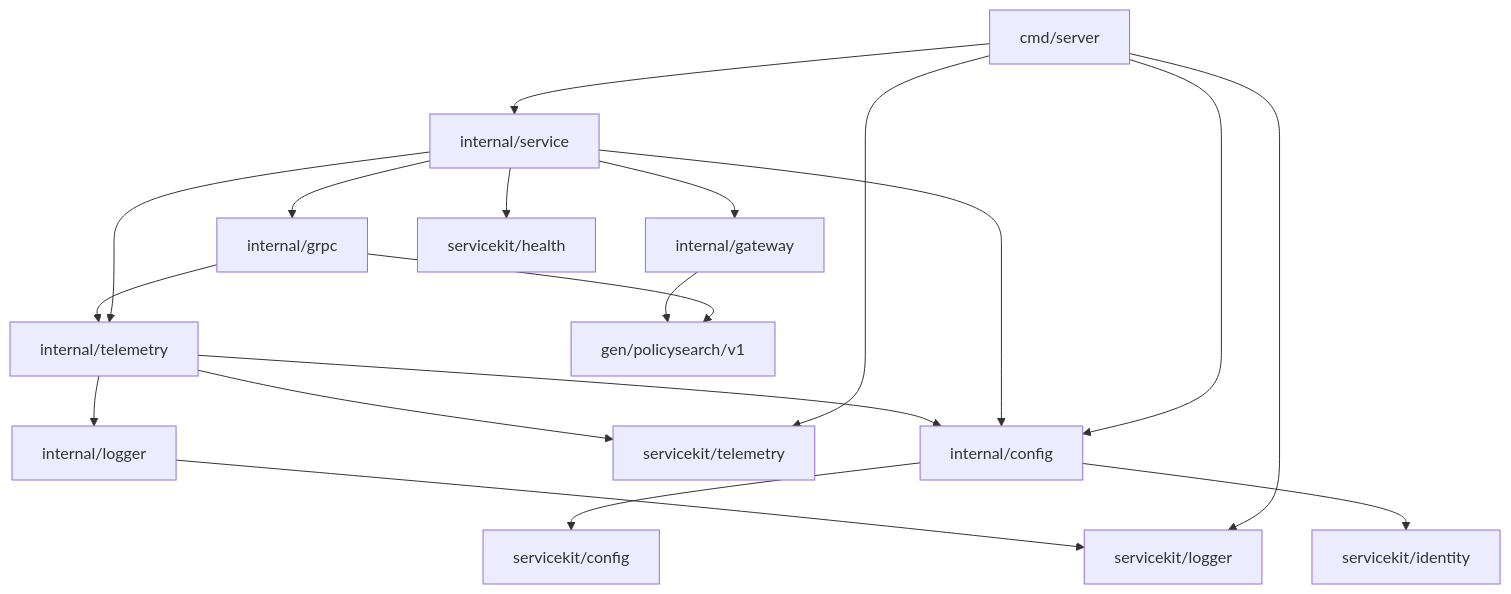
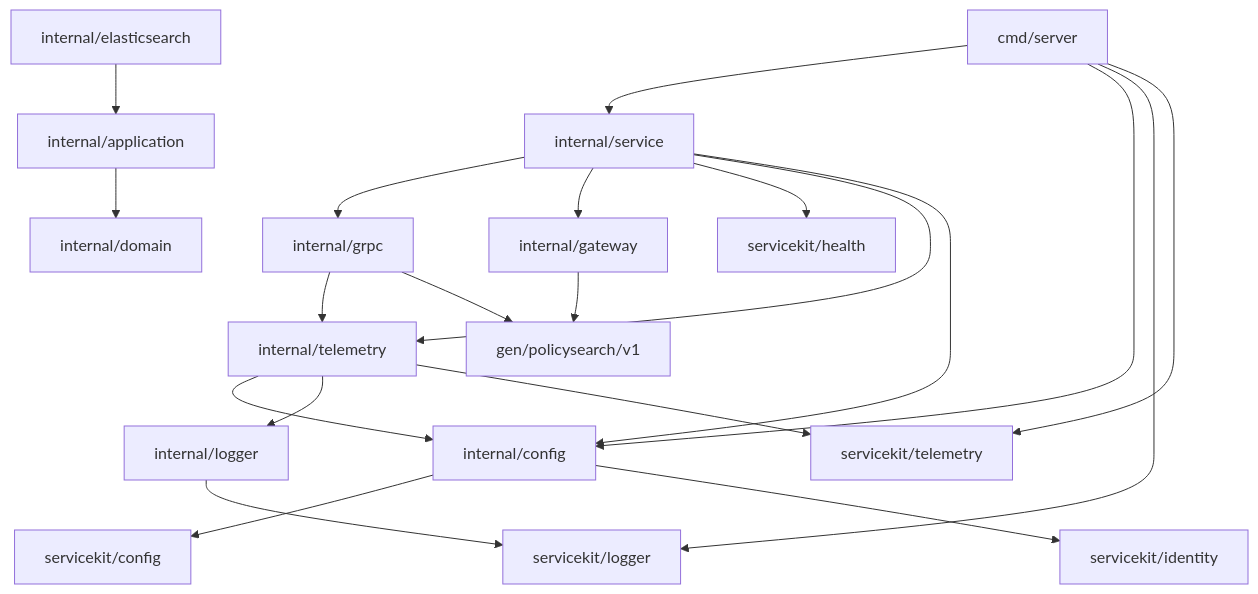
Before and after one commit to igor-baiborodine/insurance-hub: the diagram in services/policy-search-service/README.md, drawn with Mermaid. The commit also changed other lines of this file and 15 other files, not shown here.

````diff
--- a/services/policy-search-service/README.md
+++ b/services/policy-search-service/README.md
@@ -416,21 +419,23 @@
 ```mermaid
 flowchart TD
     entry["cmd/server"] --> composition["internal/service"]
     entry --> config["internal/config"]
     entry --> sharedLogger["servicekit/logger"]
     entry --> sharedTelemetry["servicekit/telemetry"]
     composition --> grpc["internal/grpc"]
     composition --> gateway["internal/gateway"]
     composition --> health["servicekit/health"]
     composition --> telemetry["internal/telemetry"]
     composition --> config
     grpc --> telemetry
     grpc --> generated["gen/policysearch/v1"]
     gateway --> generated
+	searchAdapter["internal/elasticsearch"] --> application["internal/application"]
+	application --> domain["internal/domain"]
     telemetry --> config
     telemetry --> logger["internal/logger"]
     telemetry --> sharedTelemetry
     logger --> sharedLogger
     config --> sharedConfig["servicekit/config"]
     config --> sharedIdentity["servicekit/identity"]
 ```
````
